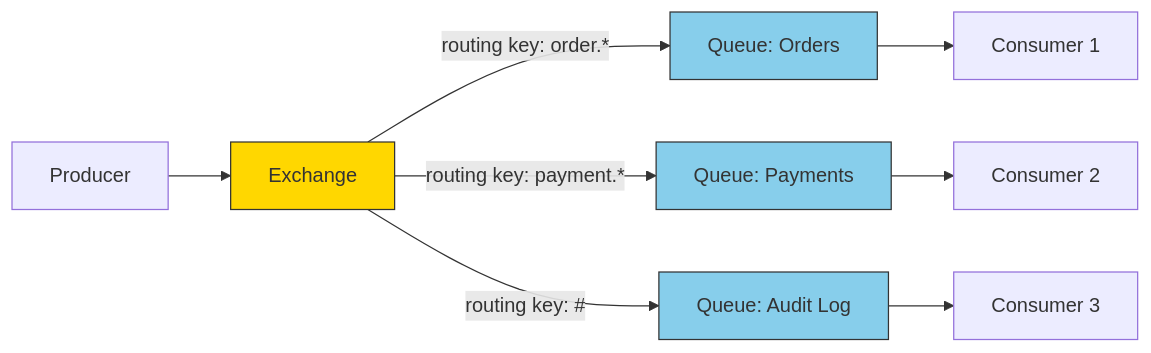
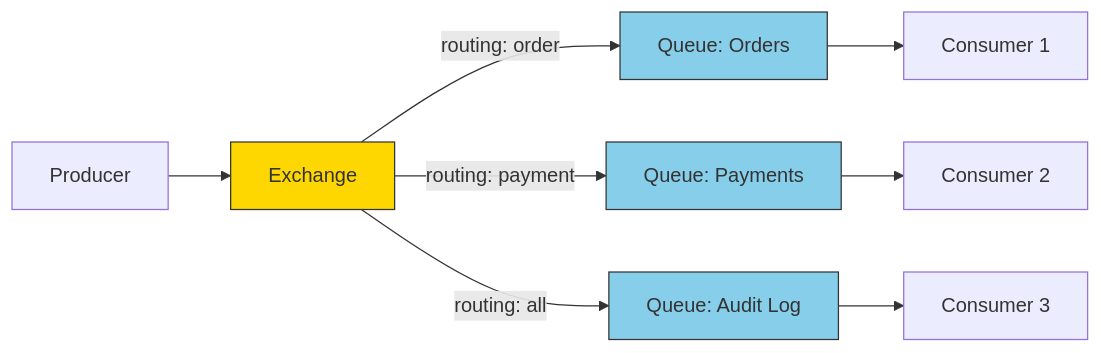
One commit to andrzejsydor/knowledge changed the fifth of 7 diagrams in Kafka/apache-pulsar-and-messaging-platforms.md. Above: the diagram before and after it, drawn with Mermaid. The commit also changed other lines of this file, not shown here.

Commit message:
Refactor mermaid diagrams for clarity and consistency

````diff
--- a/Kafka/apache-pulsar-and-messaging-platforms.md
+++ b/Kafka/apache-pulsar-and-messaging-platforms.md
@@ -211,17 +211,17 @@
 ```mermaid
 graph LR
-    P[Producer] --> E[Exchange]
+    P["Producer"] --> E["Exchange"]
 
-    E -->|routing key: order.*| Q1[Queue: Orders]
-    E -->|routing key: payment.*| Q2[Queue: Payments]
-    E -->|routing key: #| Q3[Queue: Audit Log]
+    E -->|"routing: order"| Q1["Queue: Orders"]
+    E -->|"routing: payment"| Q2["Queue: Payments"]
+    E -->|"routing: all"| Q3["Queue: Audit Log"]
 
-    Q1 --> C1[Consumer 1]
-    Q2 --> C2[Consumer 2]
-    Q3 --> C3[Consumer 3]
+    Q1 --> C1["Consumer 1"]
+    Q2 --> C2["Consumer 2"]
+    Q3 --> C3["Consumer 3"]
 
     style E fill:#FFD700,stroke:#333
     style Q1 fill:#87CEEB,stroke:#333
     style Q2 fill:#87CEEB,stroke:#333
     style Q3 fill:#87CEEB,stroke:#333
 ```
````
